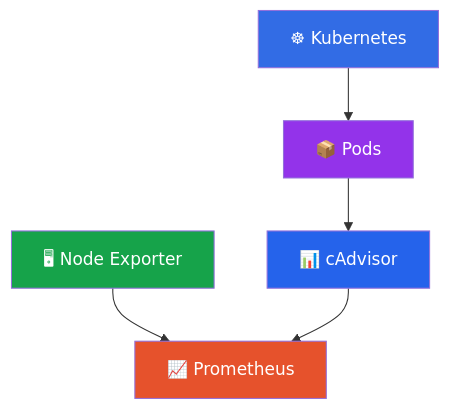
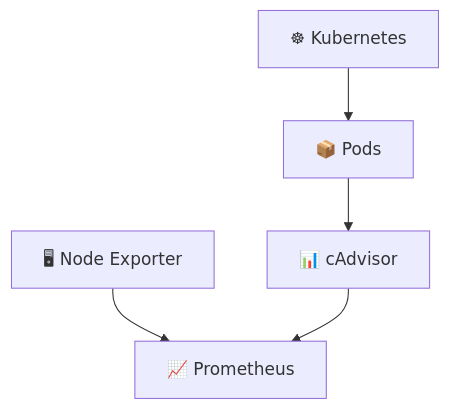
Diagram 12 of 12 in README.md (Saurav6200907210/WebMetricsX), drawn with Mermaid before and after one commit. The commit also changed other lines of this file, not shown here.

````diff
--- a/README.md
+++ b/README.md
@@ -750,27 +357,7 @@
 ```mermaid
 flowchart TB
-
-Kubernetes["☸ Kubernetes"]
-
-Pods["📦 Pods"]
-
-NodeExporter["🖥 Node Exporter"]
-
-cAdvisor["📊 cAdvisor"]
-
-Prometheus["📈 Prometheus"]
-
-Kubernetes --> Pods
-
-Pods --> cAdvisor
-
-NodeExporter --> Prometheus
-
+Kubernetes["☸ Kubernetes"] --> Pods["📦 Pods"]
+Pods --> cAdvisor["📊 cAdvisor"]
+NodeExporter["🖥 Node Exporter"] --> Prometheus["📈 Prometheus"]
 cAdvisor --> Prometheus
-
-style Kubernetes fill:#326CE5,color:#fff
-style Pods fill:#9333ea,color:#fff
-style NodeExporter fill:#16a34a,color:#fff
-style cAdvisor fill:#2563eb,color:#fff
-style Prometheus fill:#E6522C,color:#fff
 ```
````
